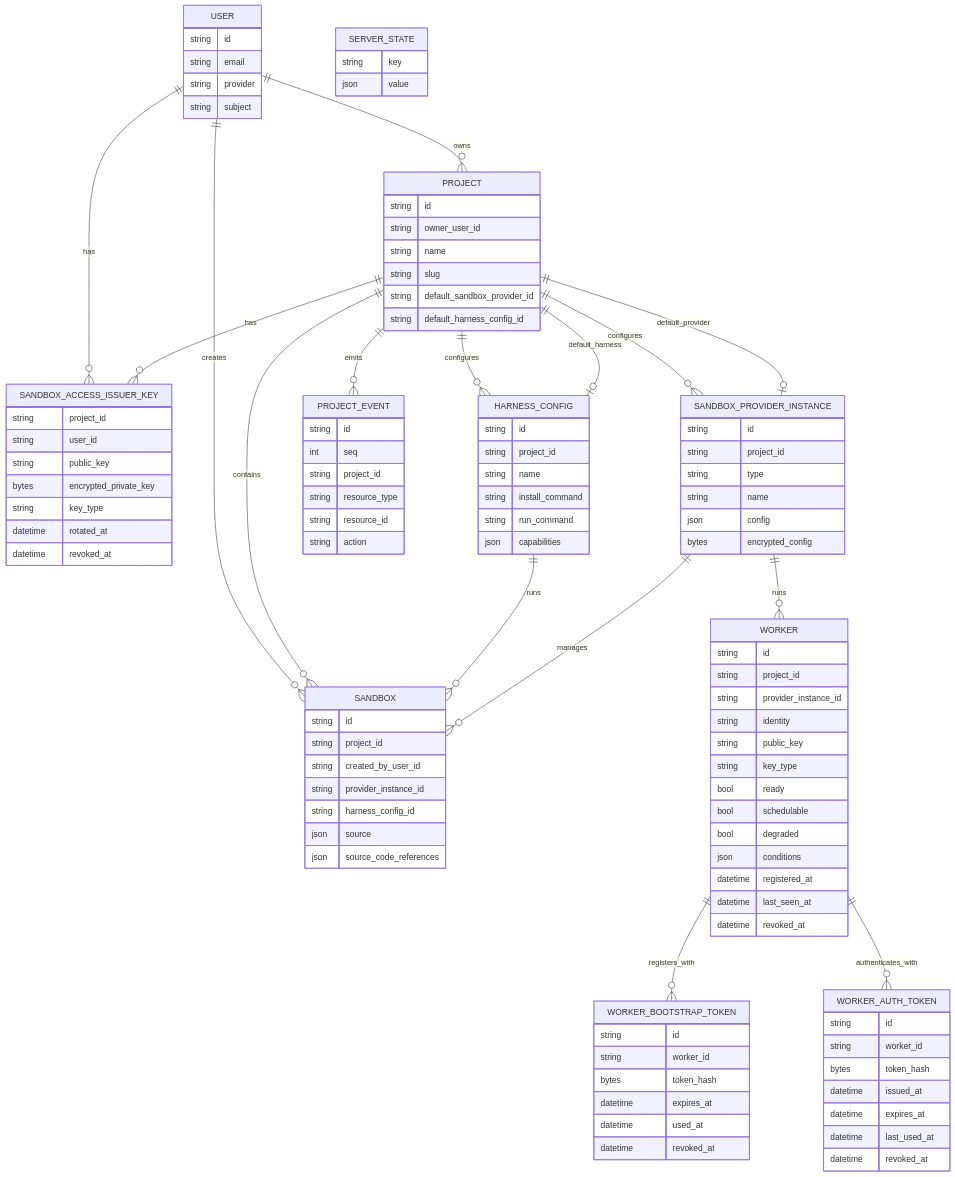
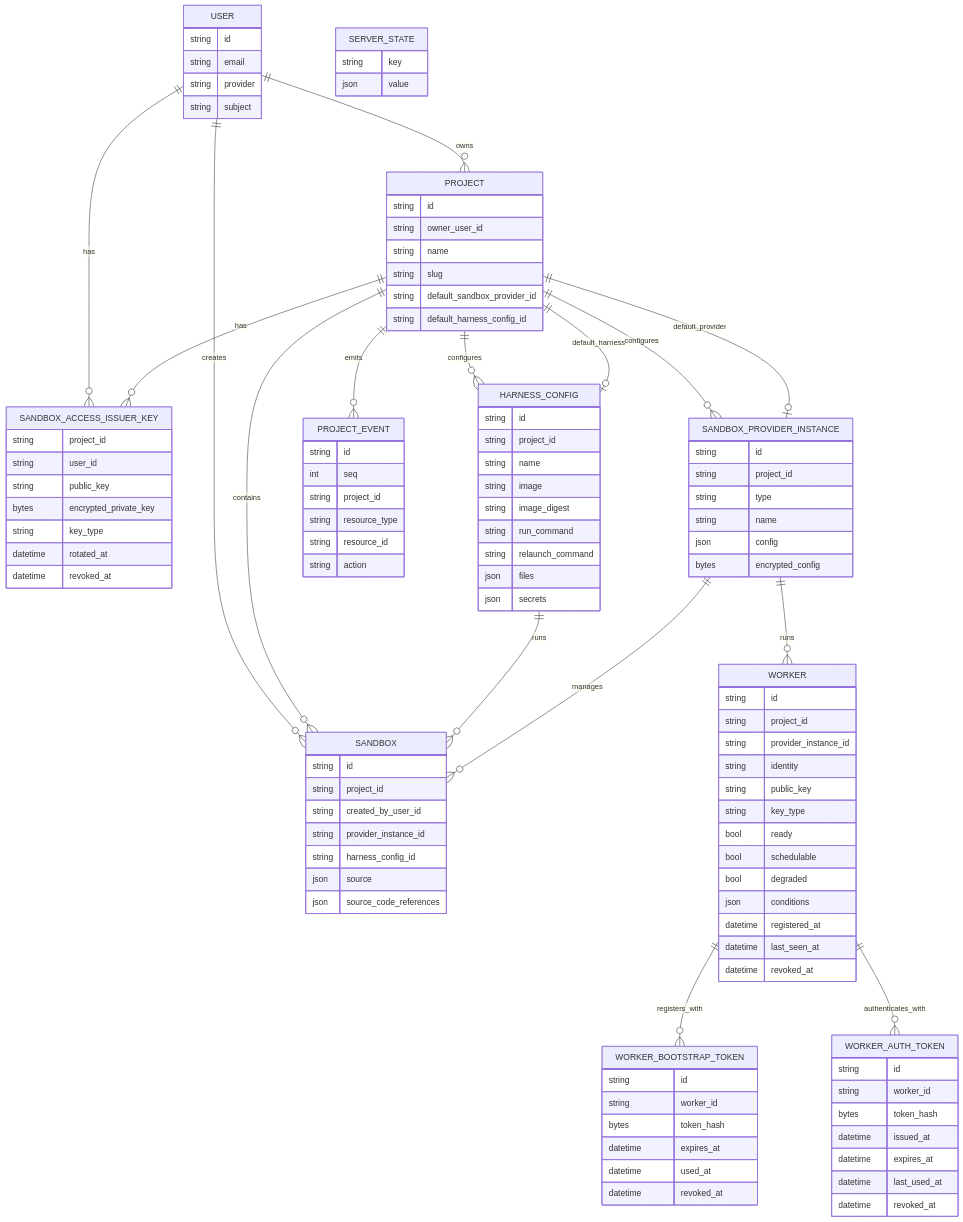
Before and after one commit to discobox-ai/discobox: the diagram in server/internal/model/DESIGN.md, drawn with Mermaid. The commit also changed other lines of this file and 81 other files, not shown here.

```diff
--- a/server/internal/model/DESIGN.md
+++ b/server/internal/model/DESIGN.md
@@ -128,9 +128,12 @@
         string id
         string project_id
         string name
-        string install_command
+        string image
+        string image_digest
         string run_command
-        json capabilities
+        string relaunch_command
+        json files
+        json secrets
     }
 
     SANDBOX_PROVIDER_INSTANCE {
```
